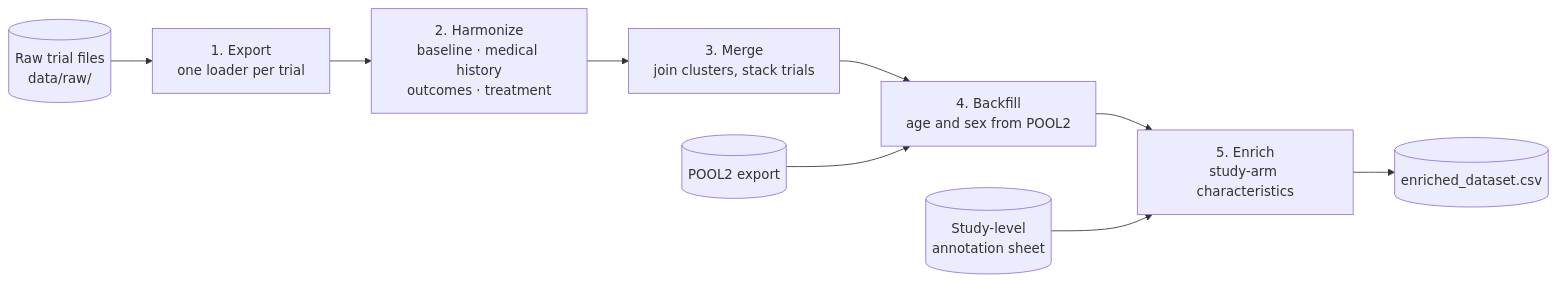
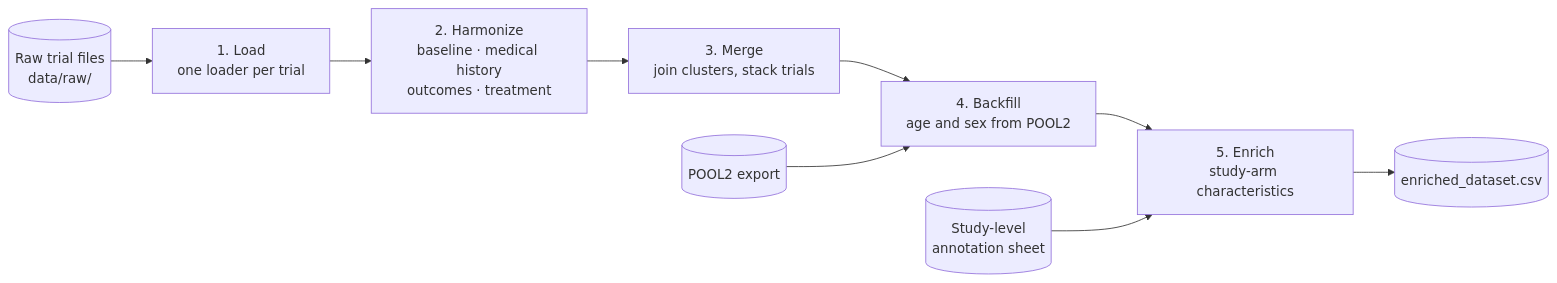
The diagram in README.md (DSSGxMunich/collaborative-care-analysis), drawn with Mermaid before and after one commit. The commit also changed other lines of this file and 2 other files, not shown here.

Commit message:
Rename `load` step to `export`

````diff
--- a/README.md
+++ b/README.md
@@ -68,11 +68,11 @@
 ```mermaid
 flowchart LR
-    raw[("Raw trial files<br/>data/raw/")] --> export["1. Export<br/>one loader per trial"]
-    export --> harmonize["2. Harmonize<br/>baseline · medical history<br/>outcomes · treatment"]
+    raw[("Raw trial files<br/>data/raw/")] --> load["1. Load<br/>one loader per trial"]
+    load --> harmonize["2. Harmonize<br/>baseline · medical history<br/>outcomes · treatment"]
     harmonize --> merge["3. Merge<br/>join clusters, stack trials"]
     merge --> backfill["4. Backfill<br/>age and sex from POOL2"]
     pool2[("POOL2 export")] --> backfill
     backfill --> enrich["5. Enrich<br/>study-arm characteristics"]
     sheet[("Study-level<br/>annotation sheet")] --> enrich
     enrich --> out[("enriched_dataset.csv")]
 ```
````
